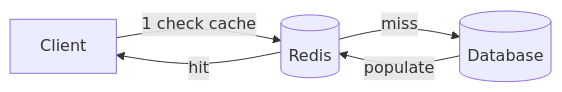
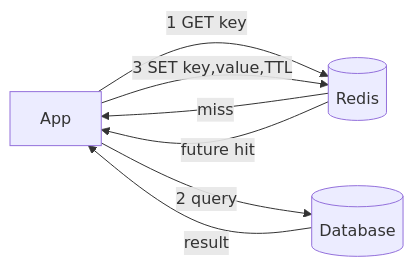
Before and after one commit to jether2011/interview-questions: the second of 3 diagrams in database-caching.md, drawn with Mermaid. The commit also changed other lines of this file and 13 other files, not shown here.

````diff
--- a/database-caching.md
+++ b/database-caching.md
@@ -108,7 +279,9 @@
 ```mermaid
 flowchart LR
-    Client -->|1 check cache| Cache[(Redis)]
-    Cache -->|miss| DB[(Database)]
-    DB -->|populate| Cache
-    Cache -->|hit| Client
+    App -->|1 GET key| Cache[(Redis)]
+    Cache -->|miss| App
+    App -->|2 query| DB[(Database)]
+    DB -->|result| App
+    App -->|3 SET key,value,TTL| Cache
+    Cache -->|future hit| App
 ```
````
